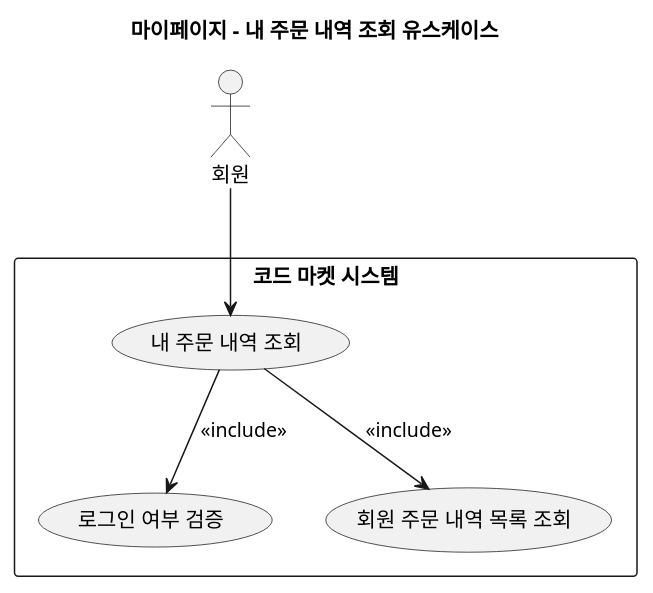
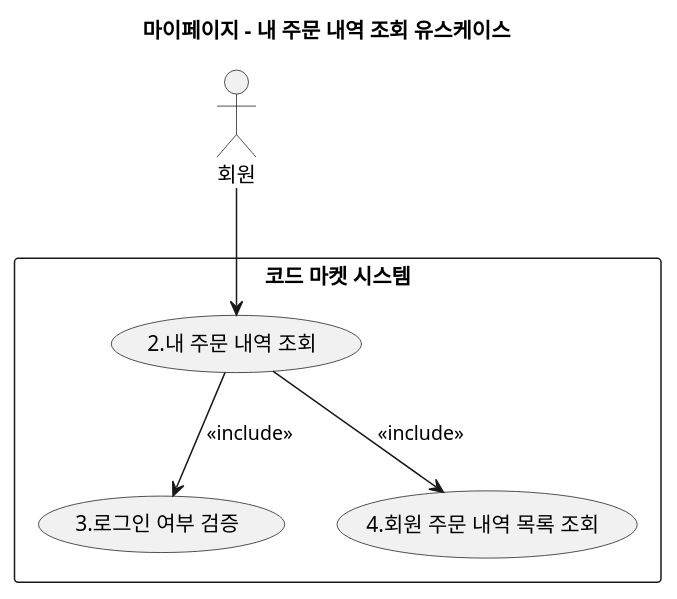
The diagram in docs/usecase/usecase_mypage_orders.puml (f-lab-edu/code-market), drawn with PlantUML before and after one commit. The commit also changed 9 other files, not shown here.

Commit message:
docs(usecase): 사용자 시나리오 기능별 번호와 유스케이스 다이어그램 번호 매핑

```diff
--- a/docs/usecase/usecase_mypage_orders.puml
+++ b/docs/usecase/usecase_mypage_orders.puml
@@ -1,19 +1,19 @@
 @startuml
 title 마이페이지 - 내 주문 내역 조회 유스케이스
 
 actor "회원" as Member
 
 rectangle "코드 마켓 시스템" {
-
-  usecase "내 주문 내역 조회" as UC_ViewOrders
-  usecase "로그인 여부 검증" as UC_CheckLogin
-  usecase "회원 주문 내역 목록 조회" as UC_FetchOrders
+'사용자 시나리오 (user_scenario.md 파일)의 기능별 시나리오 번호와 해당 다이어그램의 번호는 매핑되어 있습니다
+  usecase "2.내 주문 내역 조회" as UC_ViewOrders
+  usecase "3.로그인 여부 검증" as UC_CheckLogin
+  usecase "4.회원 주문 내역 목록 조회" as UC_FetchOrders
 
 }
 
 Member --> UC_ViewOrders
 
 UC_ViewOrders --> UC_CheckLogin : <<include>>
 UC_ViewOrders --> UC_FetchOrders : <<include>>
 
 @enduml
```
